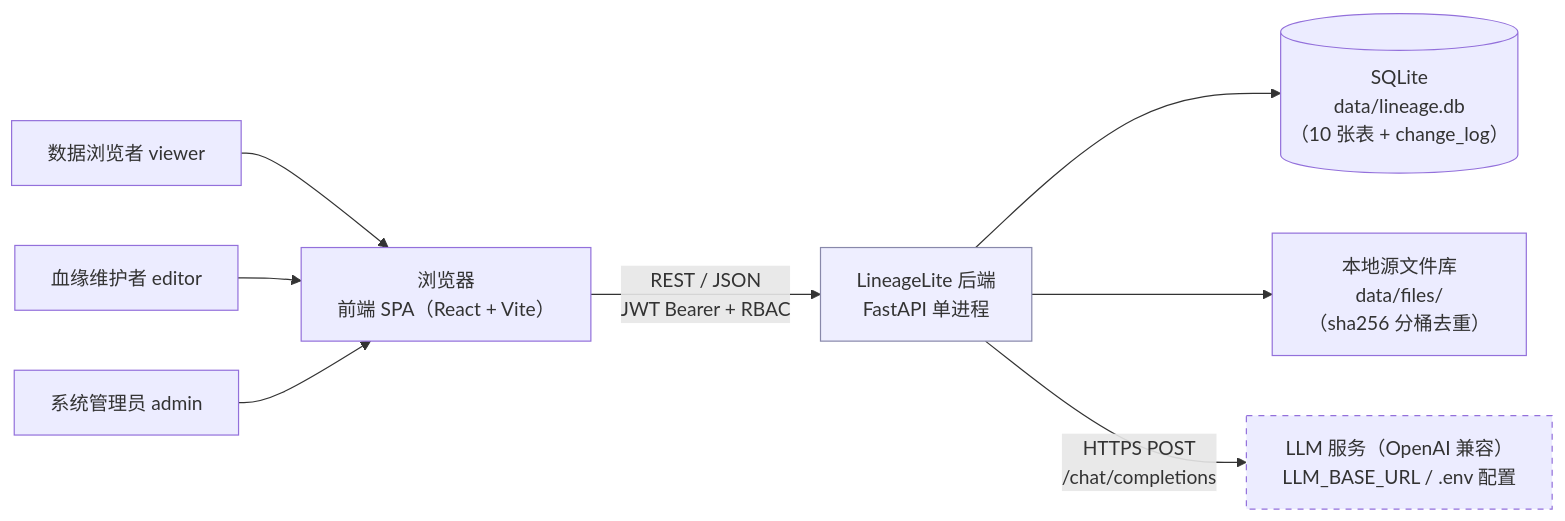
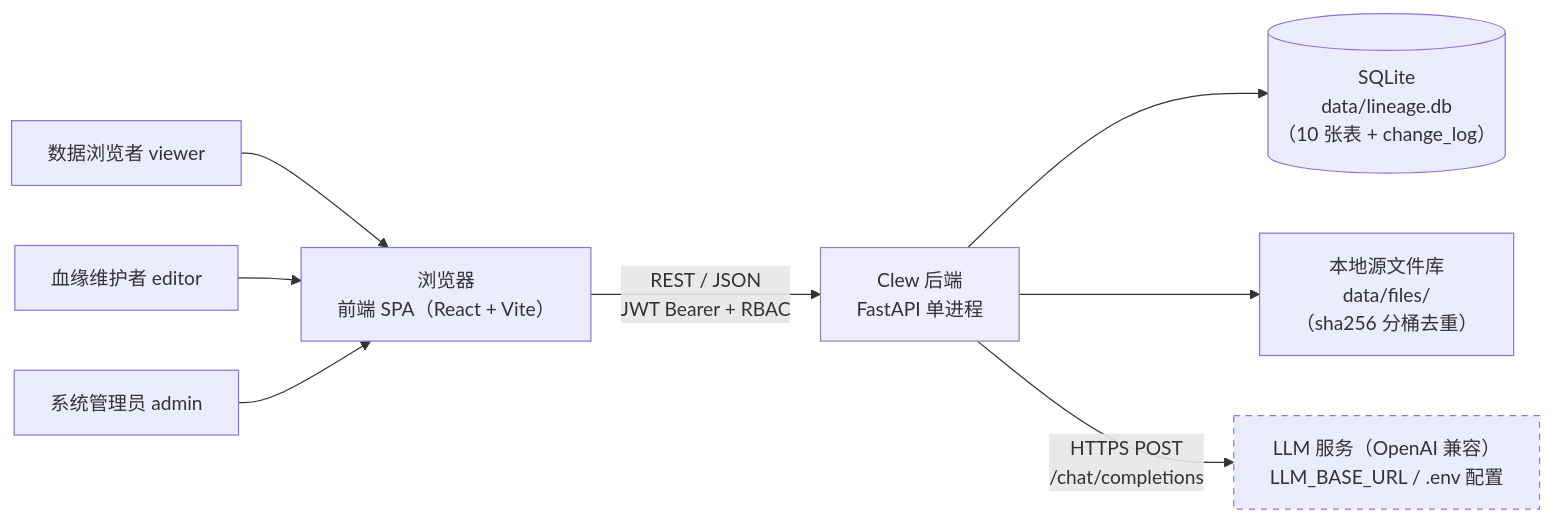
Before and after one commit to Mylifeforrent/ai-lineage: the first of 4 diagrams in docs/03_dev/01_架构设计.md, drawn with Mermaid. The commit also changed other lines of this file and 63 other files, not shown here.

````diff
--- a/docs/03_dev/01_架构设计.md
+++ b/docs/03_dev/01_架构设计.md
@@ -40,15 +40,15 @@
 ```mermaid
 flowchart LR
     viewer["数据浏览者 viewer"]
     editor["血缘维护者 editor"]
     admin["系统管理员 admin"]
 
     viewer & editor & admin --> browser["浏览器<br/>前端 SPA（React + Vite）"]
-    browser -->|"REST / JSON<br/>JWT Bearer + RBAC"| backend["LineageLite 后端<br/>FastAPI 单进程"]
+    browser -->|"REST / JSON<br/>JWT Bearer + RBAC"| backend["Clew 后端<br/>FastAPI 单进程"]
     backend --> db[("SQLite<br/>data/lineage.db<br/>（10 张表 + change_log）")]
     backend --> files["本地源文件库<br/>data/files/<br/>（sha256 分桶去重）"]
     backend -->|"HTTPS POST<br/>/chat/completions"| llm["LLM 服务（OpenAI 兼容）<br/>LLM_BASE_URL / .env 配置"]
 
     style backend fill:#eef,stroke:#88a
     style llm stroke-dasharray: 5 5
 ```
````
